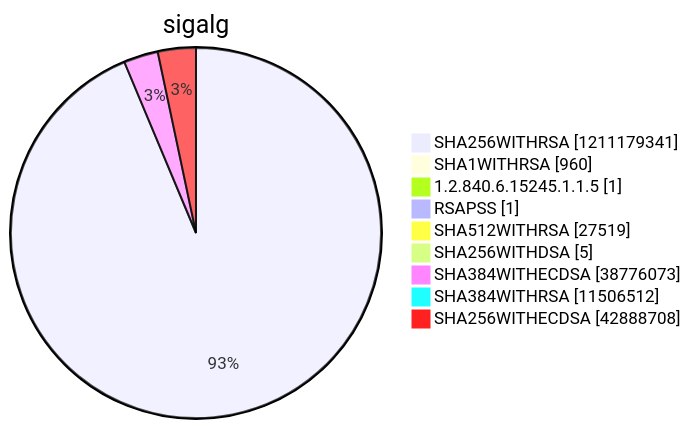
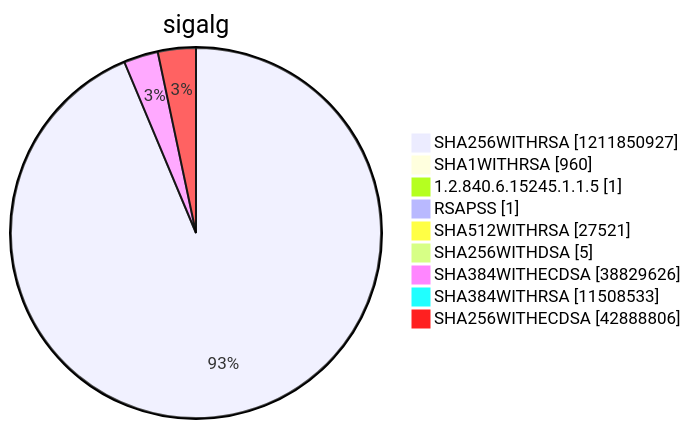
Diagram 15 of 15 in argon2022/README.md (christiankrug/ctmonitor_visualization), drawn with Mermaid before and after one commit. The commit also changed other lines of this file, not shown here.

````diff
--- a/argon2022/README.md
+++ b/argon2022/README.md
@@ -5520,13 +5520,13 @@
 ```mermaid
 pie showData
 title sigalg
-"SHA256WITHRSA" :1211179341
+"SHA256WITHRSA" :1211850927
 "SHA1WITHRSA" :960
 "1.2.840.6.15245.1.1.5" :1
 "RSAPSS" :1
-"SHA512WITHRSA" :27519
+"SHA512WITHRSA" :27521
 "SHA256WITHDSA" :5
-"SHA384WITHECDSA" :38776073
-"SHA384WITHRSA" :11506512
-"SHA256WITHECDSA" :42888708
+"SHA384WITHECDSA" :38829626
+"SHA384WITHRSA" :11508533
+"SHA256WITHECDSA" :42888806
 ```
````
